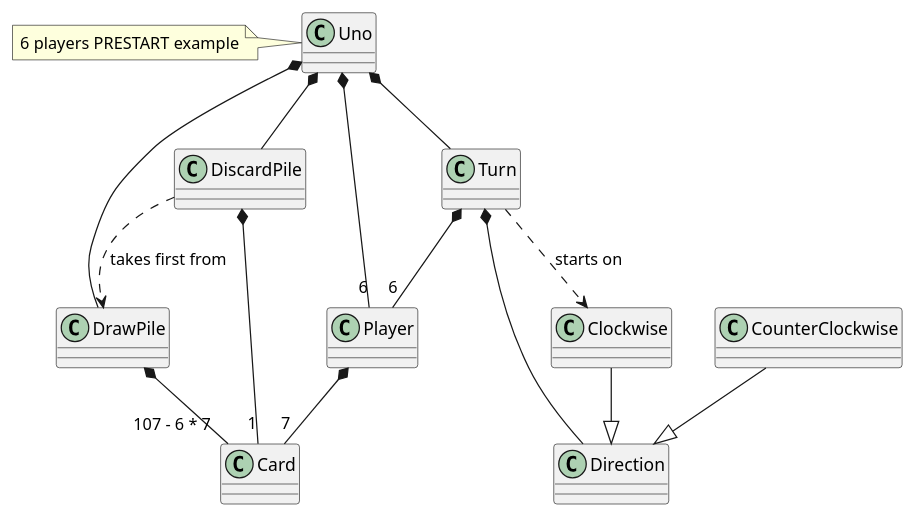
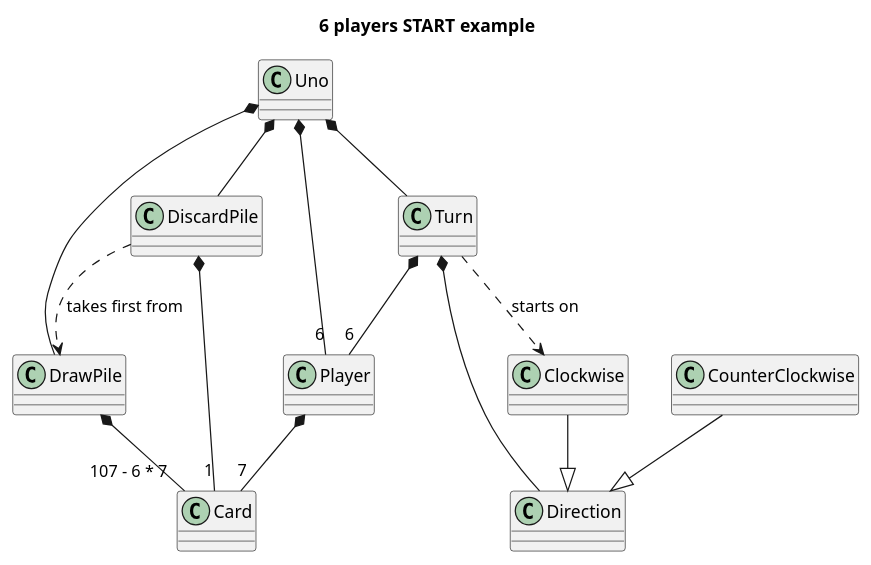
Before and after one commit to x-USantaTecla-game-uno/requirements: the diagram in UNO-DomainModel-Simple-Start.puml, drawn with PlantUML. The commit also changed 14 other files, not shown here.

```diff
--- a/UNO-DomainModel-Simple-Start.puml
+++ b/UNO-DomainModel-Simple-Start.puml
@@ -1,26 +1,25 @@
 @startuml
+
+title 6 players START example
 
 Uno *-- DrawPile
 Uno *-- DiscardPile
 Uno *-- "6" Player
 Uno *-- Turn
-
-note left of Uno : 6 players PRESTART example
 
 Turn *-- "6" Player
 Turn *-- Direction
 
 Turn ..> Clockwise : "starts on"
 
 Clockwise --|> Direction
 CounterClockwise --|> Direction
 
 
 Player *-- "7" Card
 
 DrawPile *-- "107 - 6 * 7" Card
 DiscardPile *-- "1" Card
-
 DiscardPile ..> DrawPile : takes first from
  
 @enduml
```
